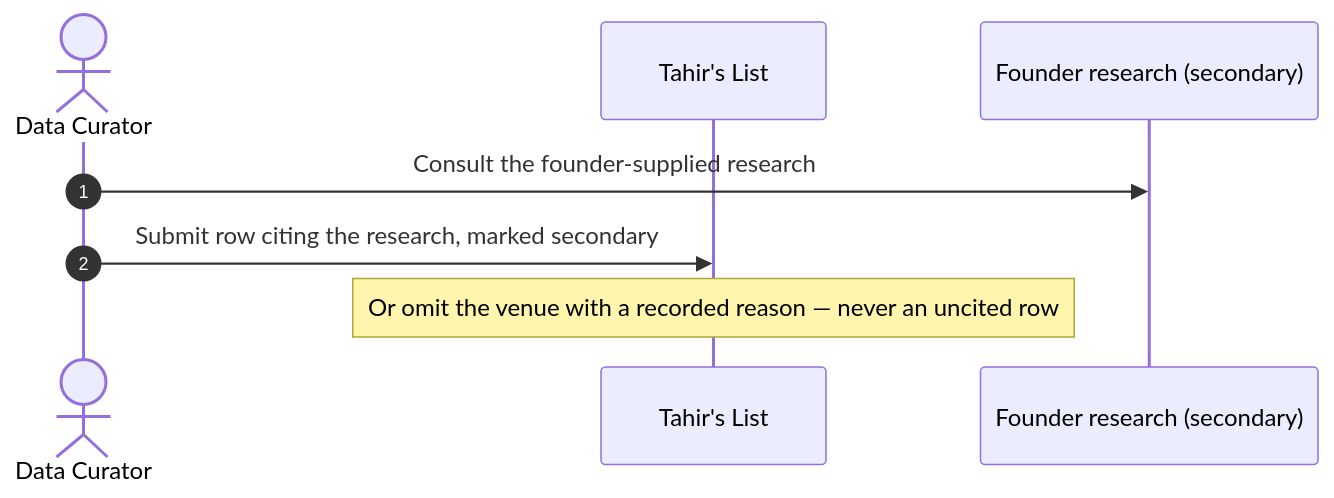
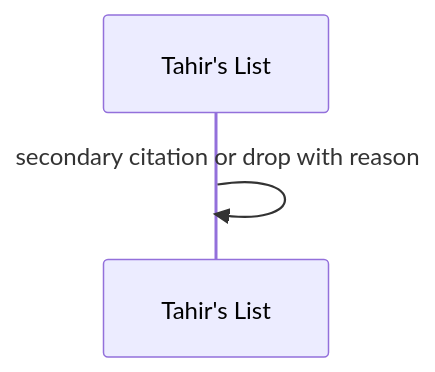
Before and after one commit to Losers-Lab/tahirs-list: the third of 6 diagrams in docs/features/SC-211/04-blackbox/UC-02-compile-cited-manual-batch.md, drawn with Mermaid. The commit also changed other lines of this file and 14 other files, not shown here.

Commit message:
[SC-211] Retrofit design to diagram-first format

````diff
--- a/docs/features/SC-211/04-blackbox/UC-02-compile-cited-manual-batch.md
+++ b/docs/features/SC-211/04-blackbox/UC-02-compile-cited-manual-batch.md
@@ -49,10 +34,5 @@
 ```mermaid
 sequenceDiagram
-  autonumber
-  actor DC as Data Curator
   participant TL as Tahir's List
-  participant RES as Founder research (secondary)
-  DC->>RES: Consult the founder-supplied research
-  DC->>TL: Submit row citing the research, marked secondary
-  Note over TL: Or omit the venue with a recorded reason — never an uncited row
+  TL->>TL: secondary citation or drop with reason
 ```
````
